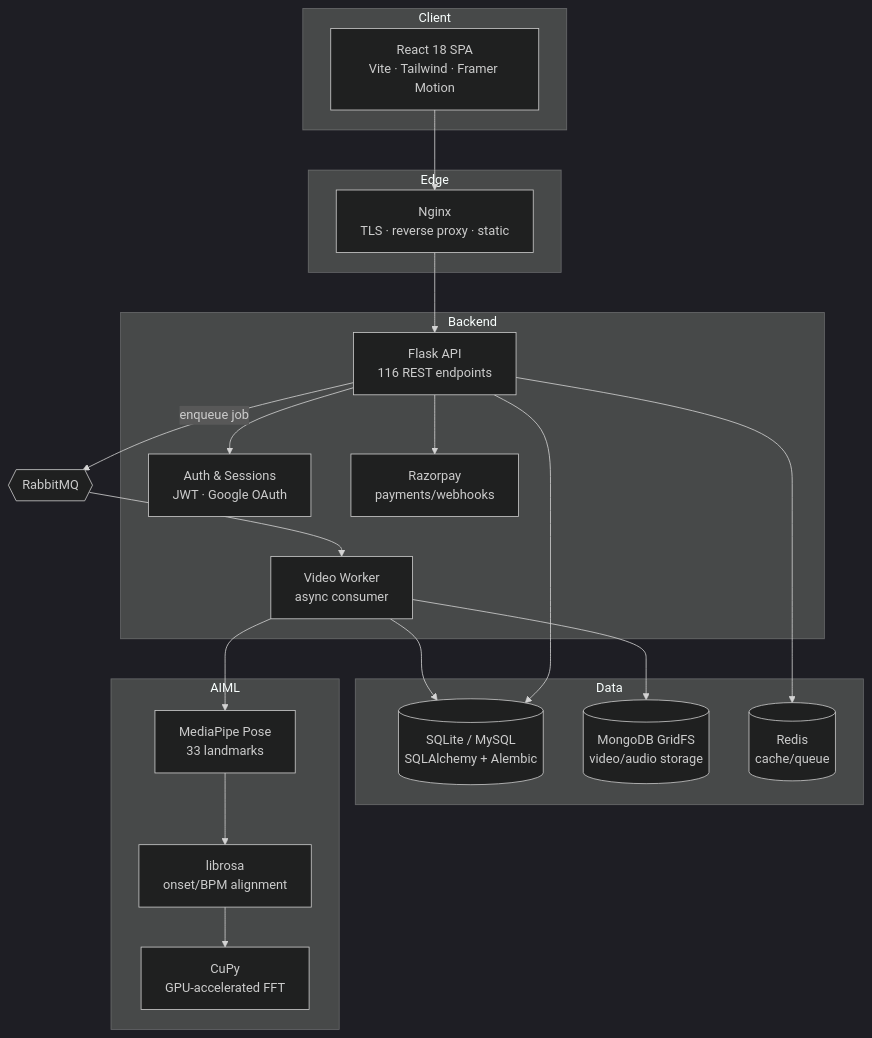
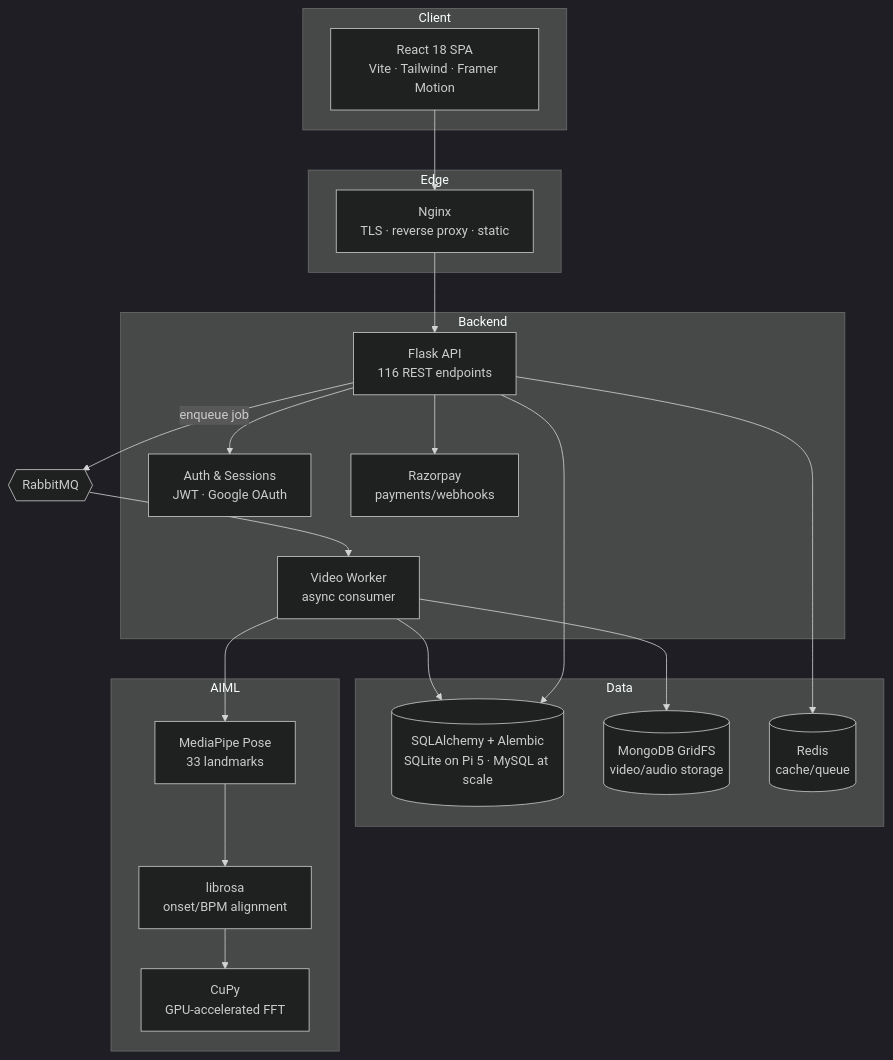
One commit to radheyakale/dancefloorkaraoke changed the diagram in README.md. Above: the diagram before and after it, drawn with Mermaid (dark theme). The commit also changed other lines of this file and 1 other file, not shown here.

Commit message:
Added clarifications regarding SQLite and MySQL usage

````diff
--- a/README.md
+++ b/README.md
@@ -85,41 +85,41 @@
 ```mermaid
 flowchart TB
     subgraph Client
         WEB[React 18 SPA<br/>Vite · Tailwind · Framer Motion]
     end
 
     subgraph Edge
         NGINX[Nginx<br/>TLS · reverse proxy · static]
     end
 
     subgraph Backend
         API[Flask API<br/>116 REST endpoints]
         WORKER[Video Worker<br/>async consumer]
         AUTH[Auth & Sessions<br/>JWT · Google OAuth]
         PAY[Razorpay<br/>payments/webhooks]
     end
 
     subgraph Data
-        SQL[(SQLite / MySQL<br/>SQLAlchemy + Alembic)]
+        SQL[(SQLAlchemy + Alembic<br/>SQLite on Pi 5 · MySQL at scale)]
         MONGO[(MongoDB GridFS<br/>video/audio storage)]
         REDIS[(Redis<br/>cache/queue)]
     end
 
     subgraph AIML
         POSE[MediaPipe Pose<br/>33 landmarks]
         AUDIO[librosa<br/>onset/BPM alignment]
         GPU[CuPy<br/>GPU-accelerated FFT]
     end
 
     WEB --> NGINX
     NGINX --> API
     API --> SQL
     API --> REDIS
     API --> AUTH
     API --> PAY
     API -->|enqueue job| MQ{{RabbitMQ}}
     MQ --> WORKER
     WORKER --> MONGO
     WORKER --> POSE --> AUDIO --> GPU
     WORKER --> SQL
 ```
````
